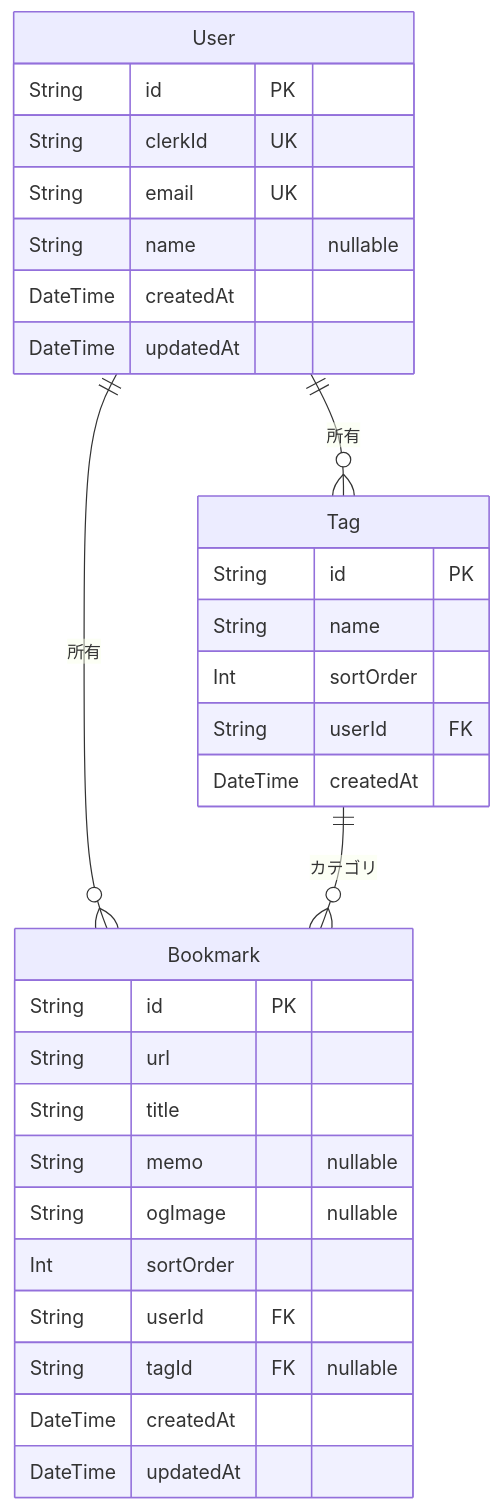
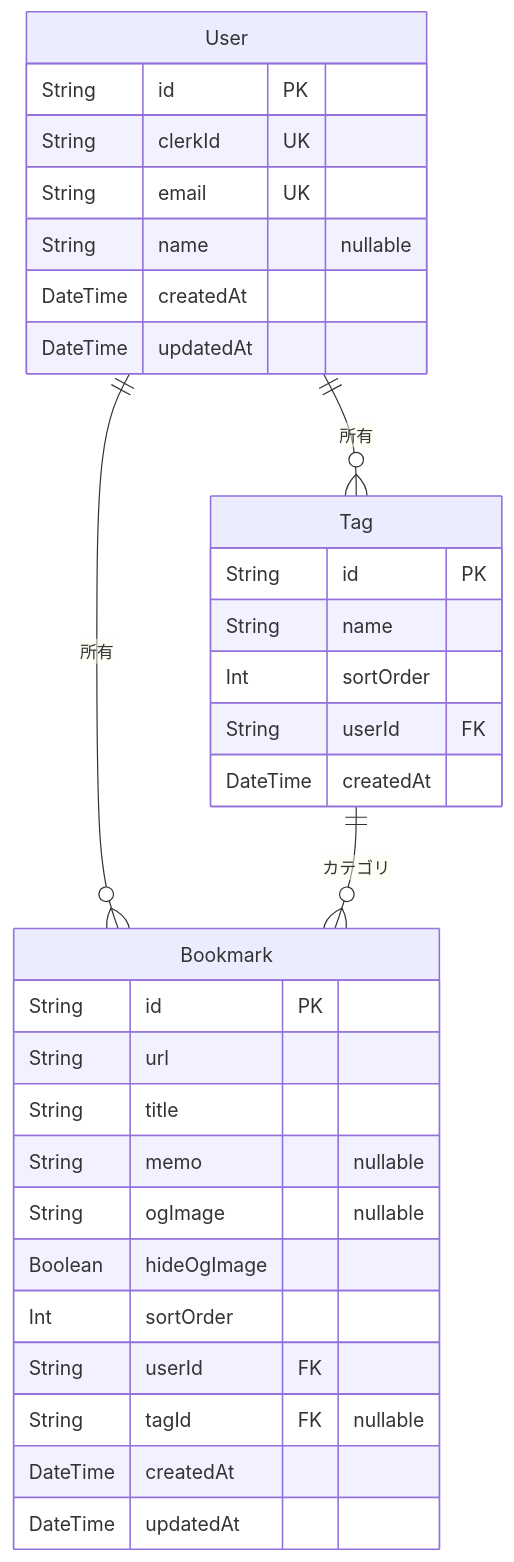
The diagram in docs/schema.md (ot-nemoto/link-hub), drawn with Mermaid before and after one commit. The commit also changed other lines of this file and 14 other files, not shown here.

````diff
--- a/docs/schema.md
+++ b/docs/schema.md
@@ -70,34 +71,35 @@
 ```mermaid
 erDiagram
     User {
         String id PK
         String clerkId UK
         String email UK
         String name "nullable"
         DateTime createdAt
         DateTime updatedAt
     }
     Bookmark {
         String id PK
         String url
         String title
         String memo "nullable"
         String ogImage "nullable"
+        Boolean hideOgImage
         Int sortOrder
         String userId FK
         String tagId FK "nullable"
         DateTime createdAt
         DateTime updatedAt
     }
     Tag {
         String id PK
         String name
         Int sortOrder
         String userId FK
         DateTime createdAt
     }
 
     User ||--o{ Bookmark : "所有"
     User ||--o{ Tag : "所有"
     Tag ||--o{ Bookmark : "カテゴリ"
 ```
````
